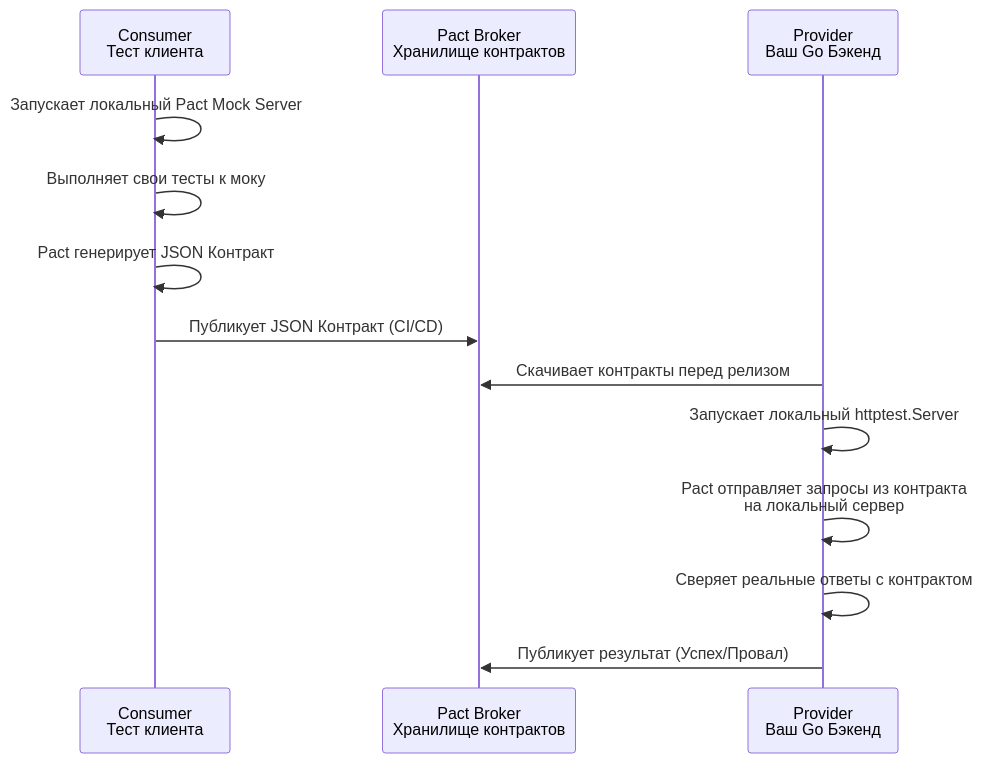
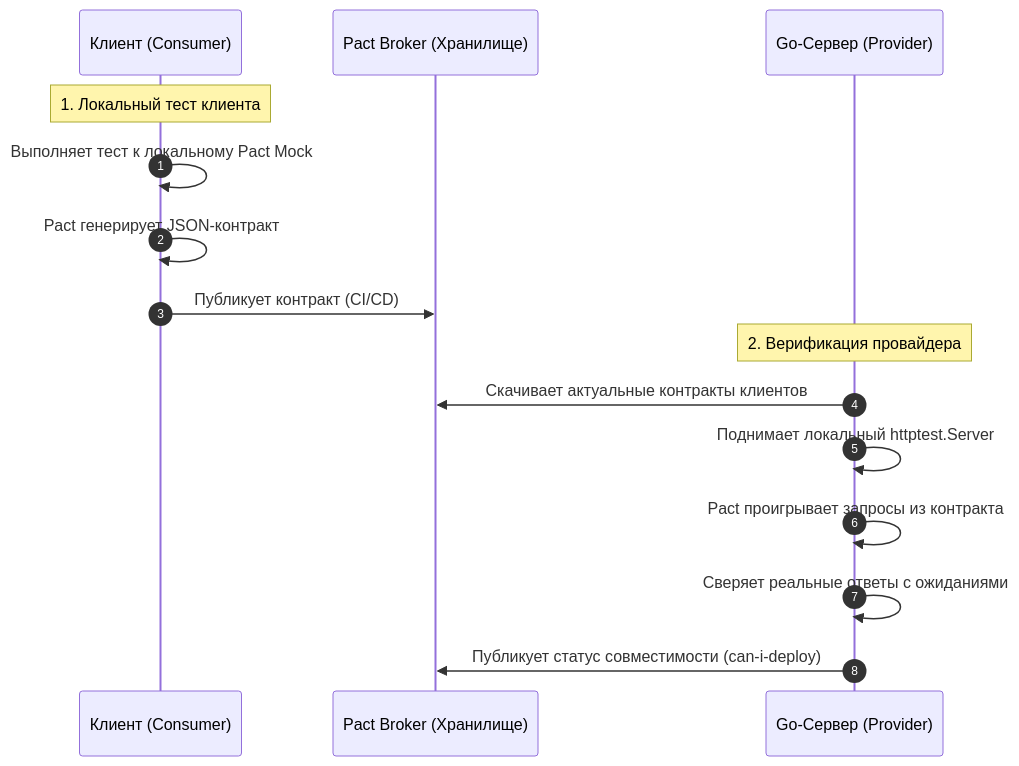
One commit to UnrealTemplier/go-textbook changed the diagram in sources/15. Тестирование в Go (QA & Testing)/06. HTTP и API тестирование/8. API contract testing.md. Above: the diagram before and after it, drawn with Mermaid. The commit also changed other lines of this file, not shown here.

````diff
--- a/sources/15. Тестирование в Go (QA & Testing)/06. HTTP и API тестирование/8. API contract testing.md
+++ b/sources/15. Тестирование в Go (QA & Testing)/06. HTTP и API тестирование/8. API contract testing.md
@@ -103,17 +120,19 @@
 ```mermaid
 sequenceDiagram
-    participant Consumer as Consumer<br>Тест клиента
-    participant PactBroker as Pact Broker<br>Хранилище контрактов
-    participant Provider as Provider<br>Ваш Go Бэкенд
-    
-    Consumer->>Consumer: Запускает локальный Pact Mock Server
-    Consumer->>Consumer: Выполняет свои тесты к моку
-    Consumer->>Consumer: Pact генерирует JSON Контракт
-    Consumer->>PactBroker: Публикует JSON Контракт (CI/CD)
-    
-    Provider->>PactBroker: Скачивает контракты перед релизом
-    Provider->>Provider: Запускает локальный httptest.Server
-    Provider->>Provider: Pact отправляет запросы из контракта<br>на локальный сервер
-    Provider->>Provider: Сверяет реальные ответы с контрактом
-    Provider->>PactBroker: Публикует результат (Успех/Провал)
+    autonumber
+    participant Consumer as Клиент (Consumer)
+    participant Broker as Pact Broker (Хранилище)
+    participant Provider as Go-Сервер (Provider)
+
+    Note over Consumer: 1. Локальный тест клиента
+    Consumer->>Consumer: Выполняет тест к локальному Pact Mock
+    Consumer->>Consumer: Pact генерирует JSON-контракт
+    Consumer->>Broker: Публикует контракт (CI/CD)
+
+    Note over Provider: 2. Верификация провайдера
+    Provider->>Broker: Скачивает актуальные контракты клиентов
+    Provider->>Provider: Поднимает локальный httptest.Server
+    Provider->>Provider: Pact проигрывает запросы из контракта
+    Provider->>Provider: Сверяет реальные ответы с ожиданиями
+    Provider->>Broker: Публикует статус совместимости (can-i-deploy)
 ```
````
